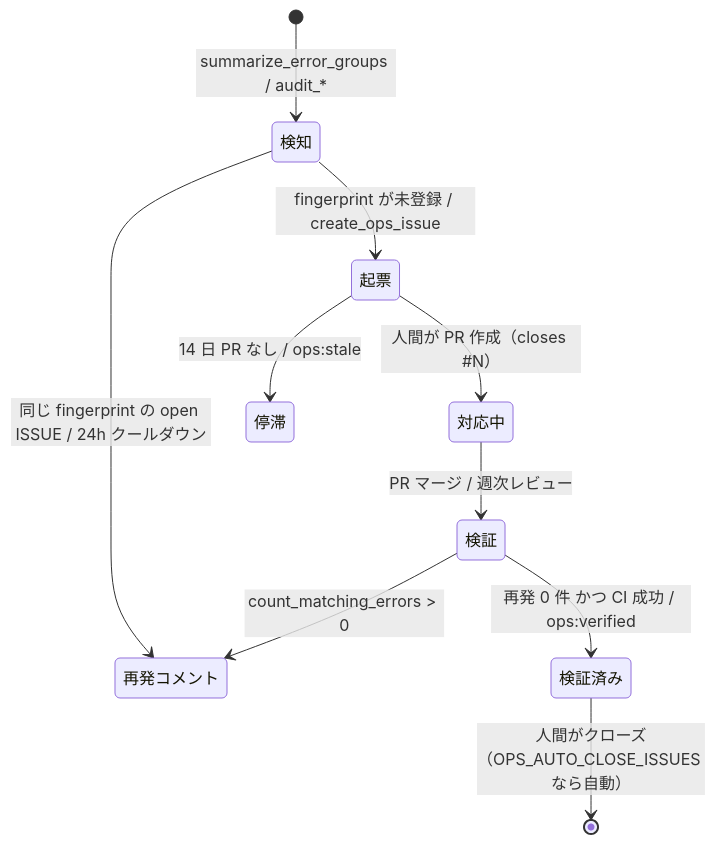
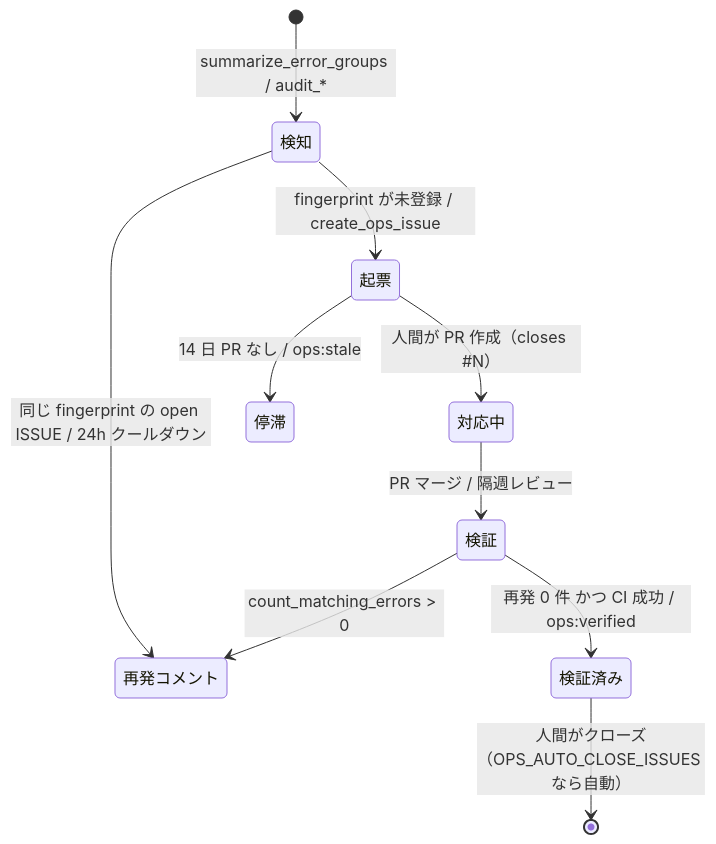
One commit to atsuki-sakai/cloud-ops-team changed the fourth of 4 diagrams in docs/architecture.md. Above: the diagram before and after it, drawn with Mermaid. The commit also changed other lines of this file and 36 other files, not shown here.

````diff
--- a/docs/architecture.md
+++ b/docs/architecture.md
@@ -286,12 +290,12 @@
 ```mermaid
 stateDiagram-v2
     [*] --> 検知: summarize_error_groups / audit_*
     検知 --> 起票: fingerprint が未登録 / create_ops_issue
     検知 --> 再発コメント: 同じ fingerprint の open ISSUE / 24h クールダウン
     起票 --> 対応中: 人間が PR 作成（closes #N）
-    対応中 --> 検証: PR マージ / 週次レビュー
+    対応中 --> 検証: PR マージ / 隔週レビュー
     検証 --> 検証済み: 再発 0 件 かつ CI 成功 / ops:verified
     検証 --> 再発コメント: count_matching_errors > 0
     起票 --> 停滞: 14 日 PR なし / ops:stale
     検証済み --> [*]: 人間がクローズ（OPS_AUTO_CLOSE_ISSUES なら自動）
 ```
````
